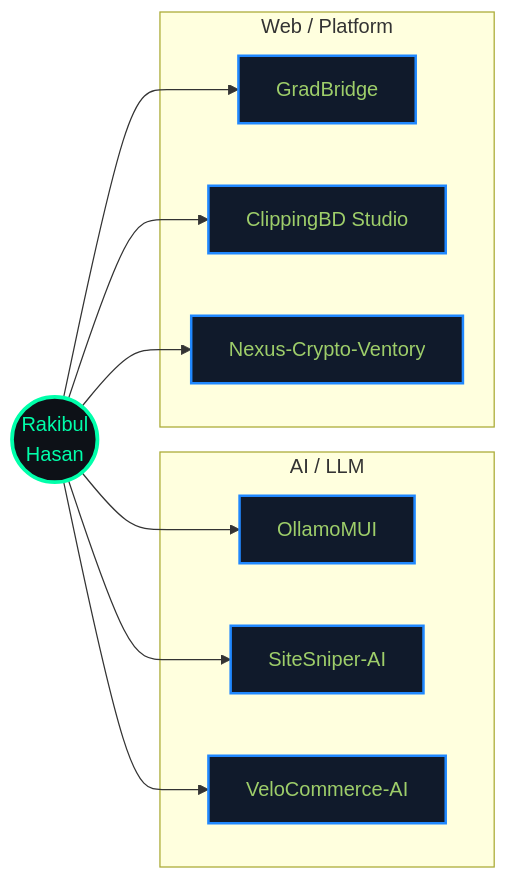
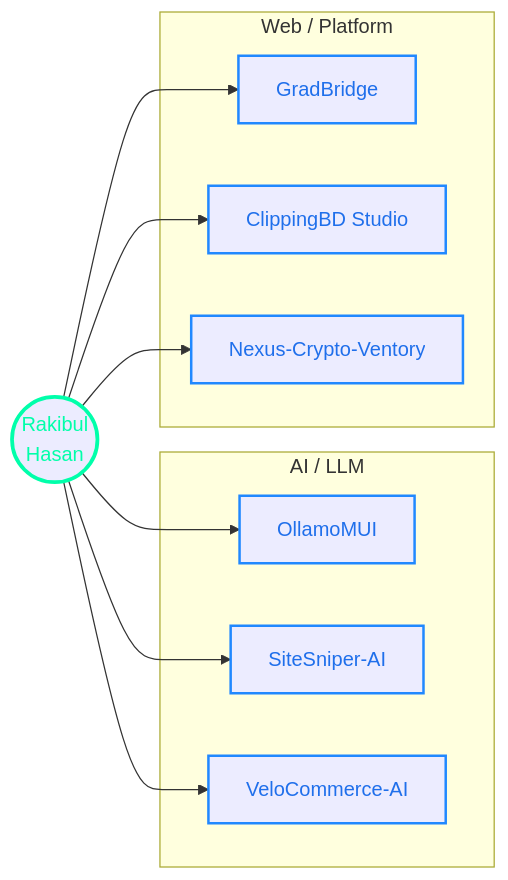
Before and after one commit to rbkhan007/rbkhan007: the third of 4 diagrams in README.md, drawn with Mermaid. The commit also changed other lines of this file and 1 other file, not shown here.

First line of the commit message:
style: make Mermaid theme-adaptive, polish footer

````diff
--- a/README.md
+++ b/README.md
@@ -207,26 +207,26 @@
 ```mermaid
 flowchart LR
   Me((Rakibul<br/>Hasan)):::me
 
   subgraph AI["AI / LLM"]
     OllamoMUI[OllamoMUI]:::p
     SiteSniper[SiteSniper-AI]:::p
     Velo[VeloCommerce-AI]:::p
   end
 
   subgraph WEB["Web / Platform"]
     Grad[GradBridge]:::p
     Clip[ClippingBD Studio]:::p
     Nexus[Nexus-Crypto-Ventory]:::p
   end
 
   Me --> OllamoMUI
   Me --> SiteSniper
   Me --> Velo
   Me --> Grad
   Me --> Clip
   Me --> Nexus
 
-  classDef me fill:#0D1117,stroke:#00FFAA,stroke-width:3px,color:#00FFAA;
-  classDef p fill:#101a2b,stroke:#2088FF,stroke-width:2px,color:#9ECE6A;
+  classDef me stroke:#00FFAA,stroke-width:3px,color:#00FFAA;
+  classDef p stroke:#2088FF,stroke-width:2px,color:#1f6feb;
 ```
````
